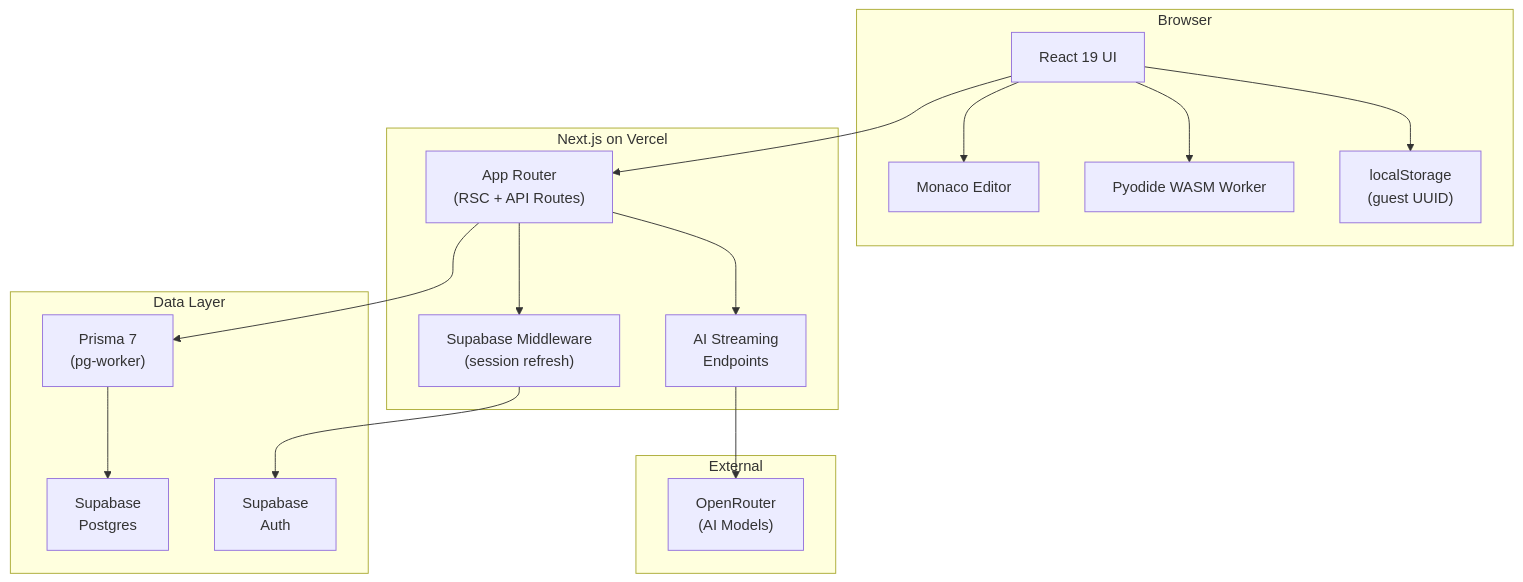
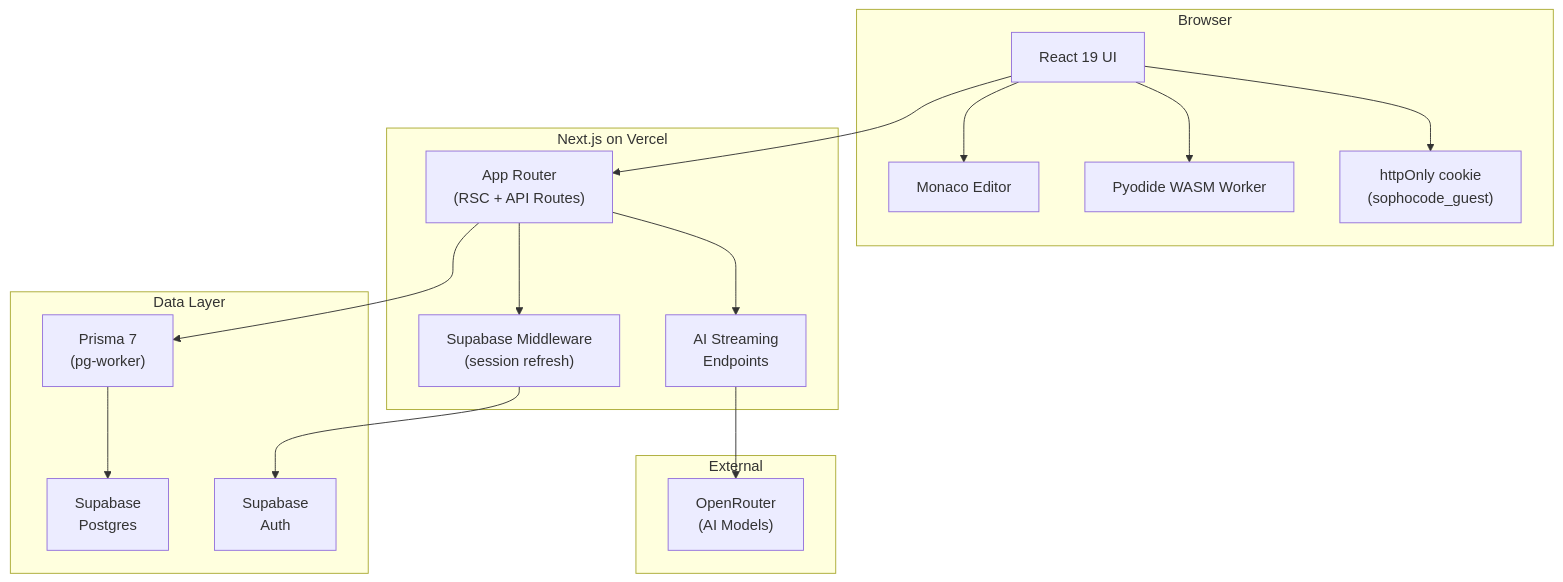
The first of 8 diagrams in docs/ARCHITECTURE.md (seintun/sophocode), drawn with Mermaid before and after one commit. The commit also changed other lines of this file and 79 other files, not shown here.

````diff
--- a/docs/ARCHITECTURE.md
+++ b/docs/ARCHITECTURE.md
@@ -24,36 +24,36 @@
 ```mermaid
 graph TB
     subgraph "Browser"
         UI["React 19 UI"]
         Monaco["Monaco Editor"]
         Pyodide["Pyodide WASM Worker"]
-        LocalStorage["localStorage\n(guest UUID)"]
+        GuestCookie["httpOnly cookie\n(sophocode_guest)"]
     end
 
     subgraph "Next.js on Vercel"
         AppRouter["App Router\n(RSC + API Routes)"]
         Middleware["Supabase Middleware\n(session refresh)"]
         AIRoutes["AI Streaming\nEndpoints"]
     end
 
     subgraph "Data Layer"
         Prisma["Prisma 7\n(pg-worker)"]
         SupabaseDB["Supabase\nPostgres"]
         SupabaseAuth["Supabase\nAuth"]
     end
 
     subgraph "External"
         OpenRouter["OpenRouter\n(AI Models)"]
     end
 
     UI --> Monaco
     UI --> Pyodide
-    UI --> LocalStorage
+    UI --> GuestCookie
     UI --> AppRouter
     AppRouter --> Middleware
     AppRouter --> AIRoutes
     AppRouter --> Prisma
     Prisma --> SupabaseDB
     Middleware --> SupabaseAuth
     AIRoutes --> OpenRouter
 ```
````
